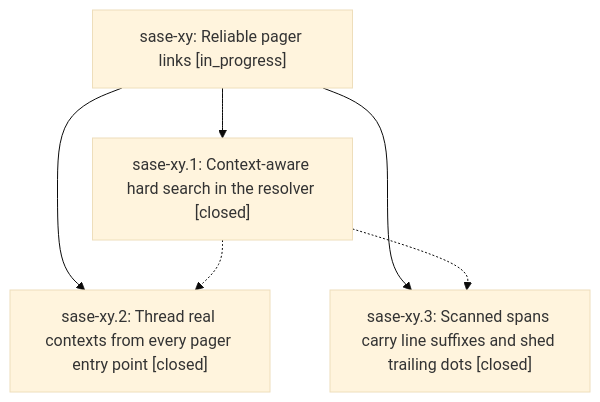
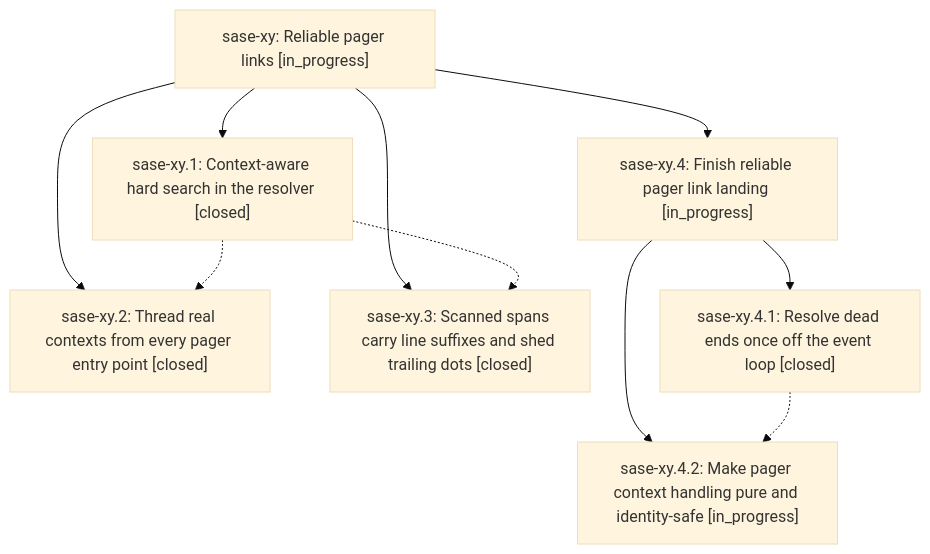
One commit to sase-org/sase--beads changed the diagram in pages/sase-xy/README.md. Above: the diagram before and after it, drawn with Mermaid (base theme). The commit also changed other lines of this file and 3 other files, not shown here.

````diff
--- a/pages/sase-xy/README.md
+++ b/pages/sase-xy/README.md
@@ -36,12 +40,19 @@
 ```mermaid
 flowchart TD
     n0["sase-xy: Reliable pager links [in_progress]"]
     n1["sase-xy.1: Context-aware hard search in the resolver [closed]"]
     n2["sase-xy.2: Thread real contexts from every pager entry point [closed]"]
     n3["sase-xy.3: Scanned spans carry line suffixes and shed trailing dots [closed]"]
+    n4["sase-xy.4: Finish reliable pager link landing [in_progress]"]
+    n5["sase-xy.4.1: Resolve dead ends once off the event loop [closed]"]
+    n6["sase-xy.4.2: Make pager context handling pure and identity-safe [in_progress]"]
     n0 --> n1
     n0 --> n2
     n0 --> n3
+    n0 --> n4
+    n4 --> n5
+    n4 --> n6
     n1 -.-> n2
     n1 -.-> n3
+    n5 -.-> n6
 ```
````
